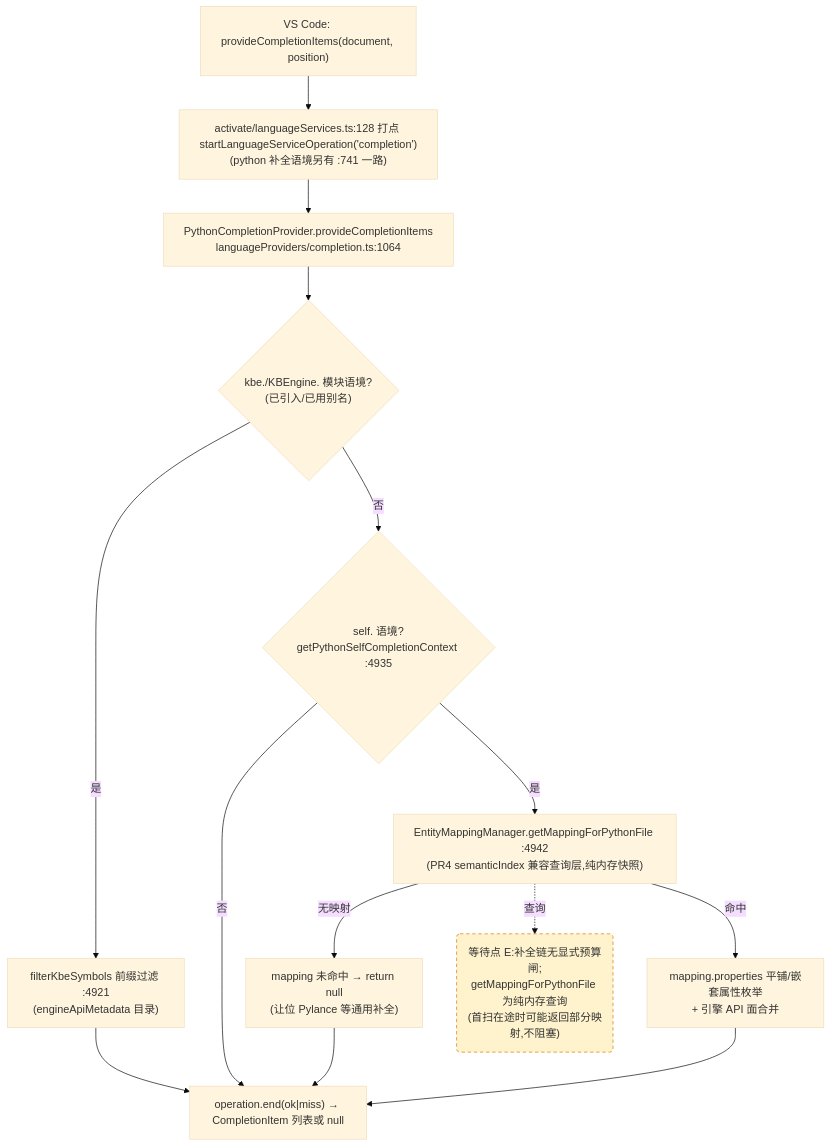
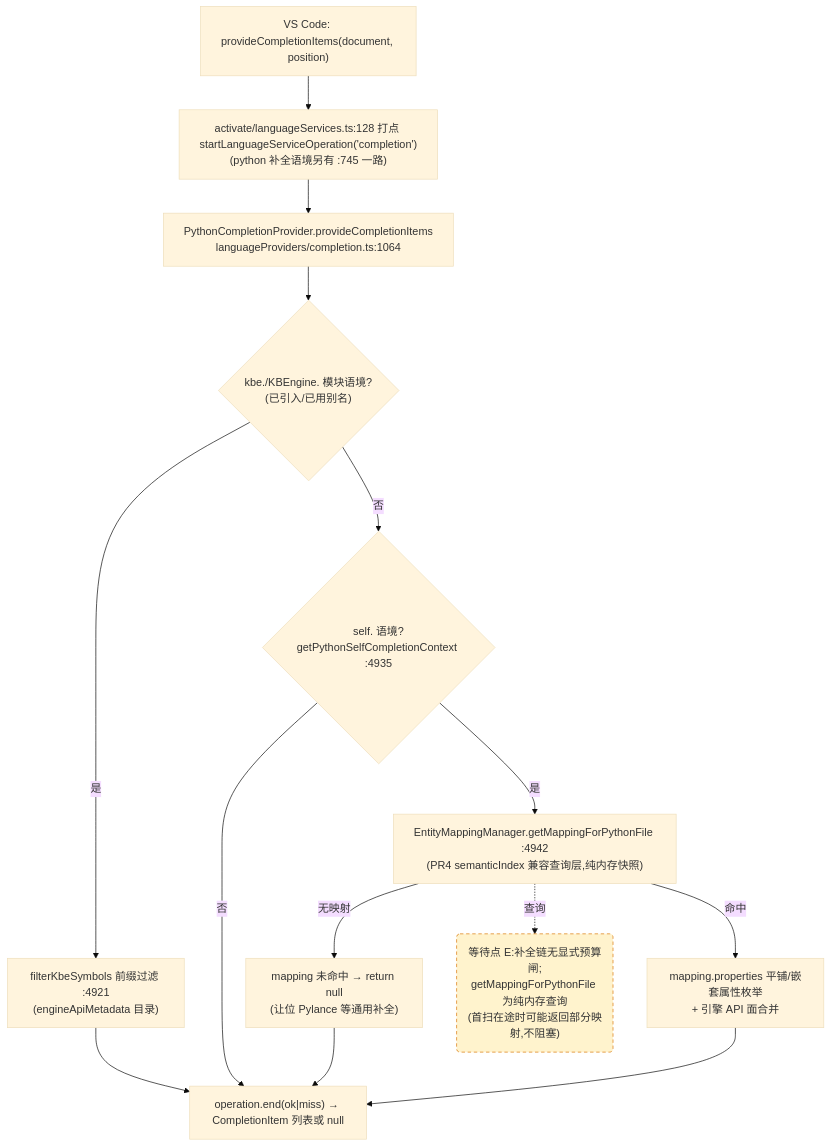
One commit to cuihairu/kode changed the third of 4 diagrams in docs/perf/2026-baseline.md. Above: the diagram before and after it, drawn with Mermaid (base theme). The commit also changed other lines of this file and 2 other files, not shown here.

Commit message:
docs: audit host synchronous faces and reanchor metrics

````diff
--- a/docs/perf/2026-baseline.md
+++ b/docs/perf/2026-baseline.md
@@ -194,27 +194,27 @@
 ```mermaid
 flowchart TD
   VC3["VS Code: provideCompletionItems(document, position)"]
-  M3["activate/languageServices.ts:128 打点 startLanguageServiceOperation('completion')<br/>(python 补全语境另有 :741 一路)"]
+  M3["activate/languageServices.ts:128 打点 startLanguageServiceOperation('completion')<br/>(python 补全语境另有 :745 一路)"]
   CP["PythonCompletionProvider.provideCompletionItems<br/>languageProviders/completion.ts:1064"]
   KBEC{"kbe./KBEngine. 模块语境?<br/>(已引入/已用别名)"}
   FILTER["filterKbeSymbols 前缀过滤 :4921<br/>(engineApiMetadata 目录)"]
   SELFC{"self. 语境?<br/>getPythonSelfCompletionContext :4935"}
   MAP["EntityMappingManager.getMappingForPythonFile :4942<br/>(PR4 semanticIndex 兼容查询层,纯内存快照)"]
   NOMAP["mapping 未命中 → return null<br/>(让位 Pylance 等通用补全)"]
   PROPS["mapping.properties 平铺/嵌套属性枚举<br/>+ 引擎 API 面合并"]
   END3["operation.end(ok|miss) → CompletionItem 列表或 null"]
 
   VC3 --> M3 --> CP --> KBEC
   KBEC -- "是" --> FILTER --> END3
   KBEC -- "否" --> SELFC
   SELFC -- "否" --> END3
   SELFC -- "是" --> MAP
   MAP -- "无映射" --> NOMAP --> END3
   MAP -- "命中" --> PROPS --> END3
 
   WAITE("等待点 E:补全链无显式预算闸;<br/>getMappingForPythonFile 为纯内存查询<br/>(首扫在途时可能返回部分映射,不阻塞)")
   MAP -.->|查询| WAITE
 
   classDef waitPoint fill:#fff3cd,stroke:#d97706,stroke-dasharray:5 4;
   class WAITE waitPoint;
 ```
````
